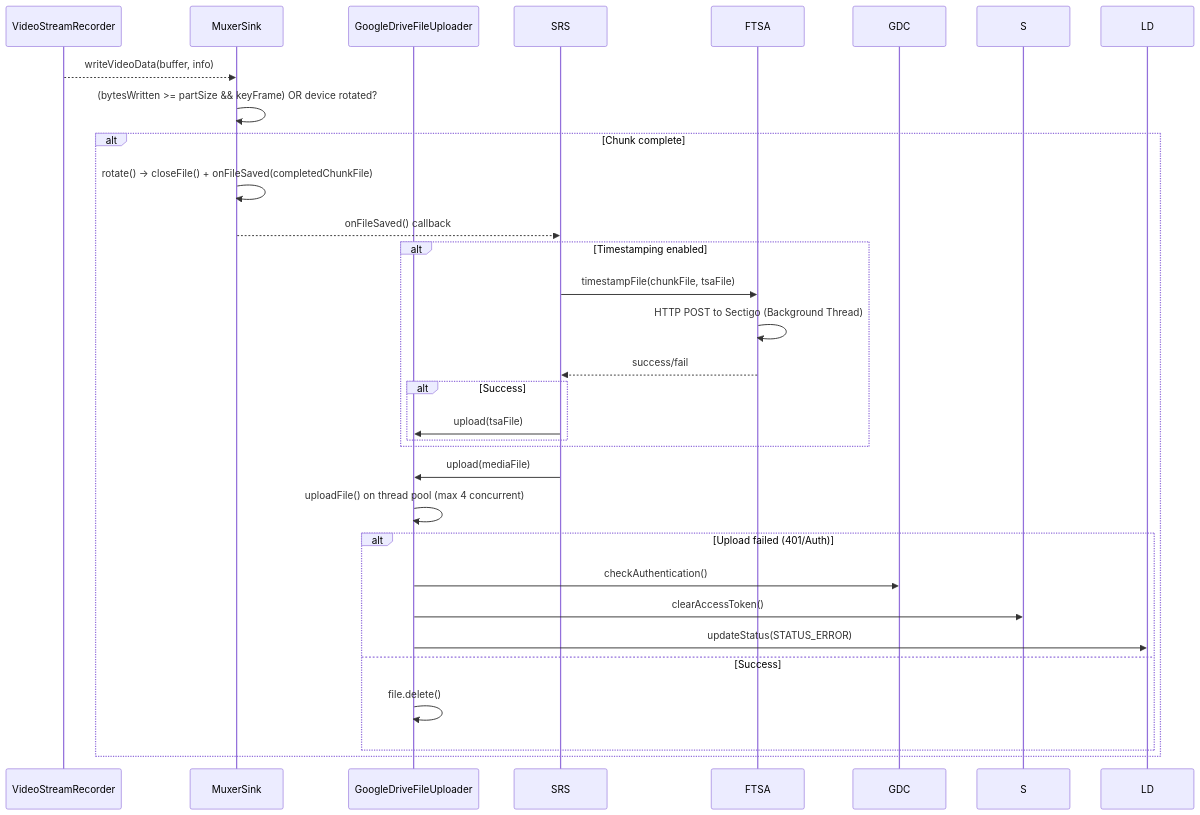
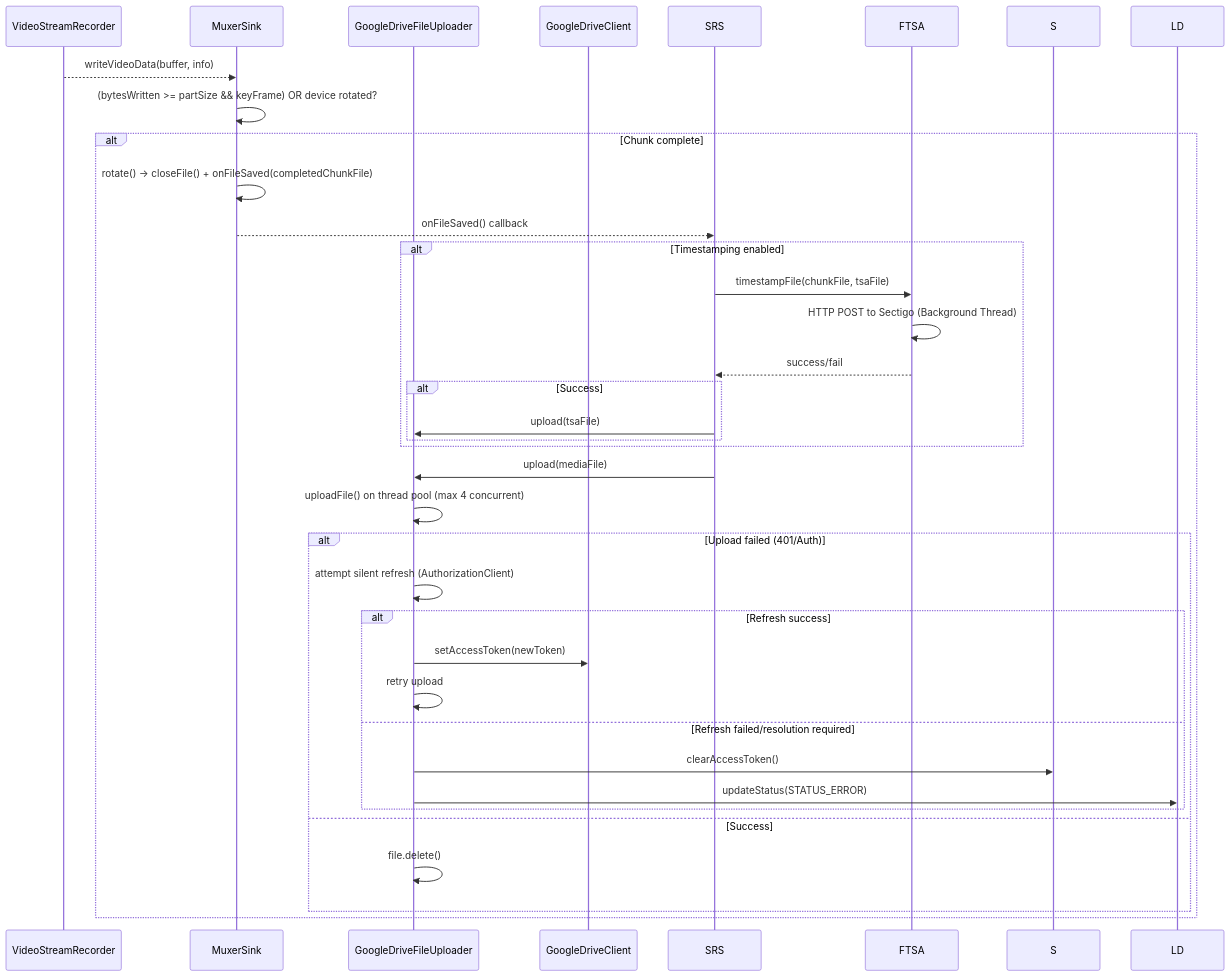
The third of 4 diagrams in AGENTS.md (ark3us/saferec), drawn with Mermaid before and after one commit.

Commit message:
Docs: Update AGENTS.md with silent refresh detail

````diff
--- a/AGENTS.md
+++ b/AGENTS.md
@@ -151,30 +151,36 @@
 ```mermaid
 sequenceDiagram
     participant VSR as VideoStreamRecorder
     participant MS as MuxerSink
     participant GDFU as GoogleDriveFileUploader
+    participant GDC as GoogleDriveClient
 
     VSR-->>MS: writeVideoData(buffer, info)
     MS->>MS: (bytesWritten >= partSize && keyFrame) OR device rotated?
     alt Chunk complete
         MS->>MS: rotate() → closeFile() + onFileSaved(completedChunkFile)
         MS-->>SRS: onFileSaved() callback
         alt Timestamping enabled
             SRS->>FTSA: timestampFile(chunkFile, tsaFile)
             FTSA->>FTSA: HTTP POST to Sectigo (Background Thread)
             FTSA-->>SRS: success/fail
             alt Success
                 SRS->>GDFU: upload(tsaFile)
             end
         end
         SRS->>GDFU: upload(mediaFile)
         GDFU->>GDFU: uploadFile() on thread pool (max 4 concurrent)
         alt Upload failed (401/Auth)
-            GDFU->>GDC: checkAuthentication()
-            GDFU->>S: clearAccessToken()
-            GDFU->>LD: updateStatus(STATUS_ERROR)
+            GDFU->>GDFU: attempt silent refresh (AuthorizationClient)
+            alt Refresh success
+                GDFU->>GDC: setAccessToken(newToken)
+                GDFU->>GDFU: retry upload
+            else Refresh failed/resolution required
+                GDFU->>S: clearAccessToken()
+                GDFU->>LD: updateStatus(STATUS_ERROR)
+            end
         else Success
             GDFU->>GDFU: file.delete()
         end
     end
 ```
````
